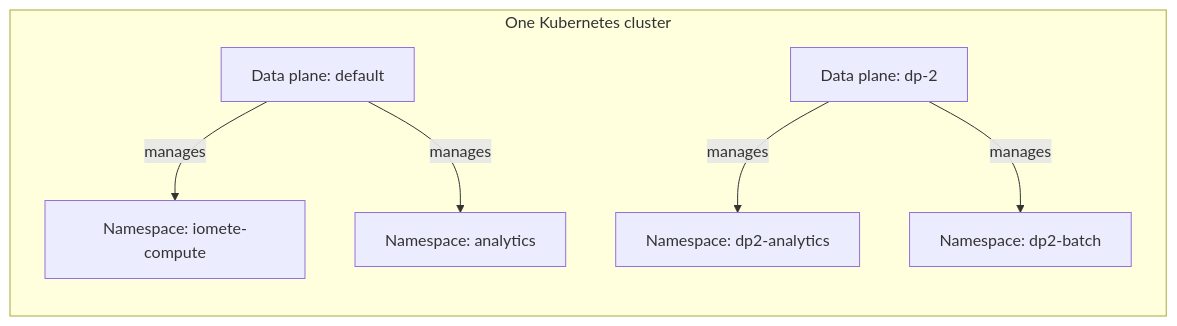
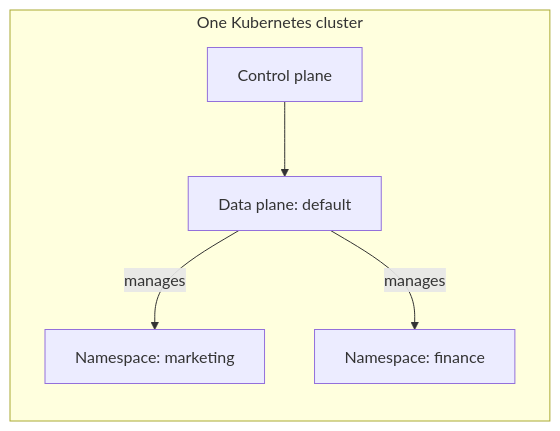
The diagram in docs/deployment/connect-namespace.md (iomete/iom-docs), drawn with Mermaid before and after one commit. The commit also changed other lines of this file and 1 other file, not shown here.

````diff
--- a/docs/deployment/connect-namespace.md
+++ b/docs/deployment/connect-namespace.md
@@ -26,9 +26,8 @@
 ```mermaid
 flowchart LR
-  subgraph kubernetesCluster["One Kubernetes cluster"]
-    defaultPlane["Data plane: default"] -->|manages| computeNamespace["Namespace: iomete-compute"]
-    defaultPlane -->|manages| analyticsNamespace["Namespace: analytics"]
-    secondPlane["Data plane: dp-2"] -->|manages| secondAnalytics["Namespace: dp2-analytics"]
-    secondPlane -->|manages| secondBatch["Namespace: dp2-batch"]
+  subgraph cluster["One Kubernetes cluster"]
+    control["Control plane"] --> defaultPlane["Data plane: default"]
+    defaultPlane -->|manages| existing["Namespace: marketing"]
+    defaultPlane -->|manages| added["Namespace: finance"]
   end
 ```
````
